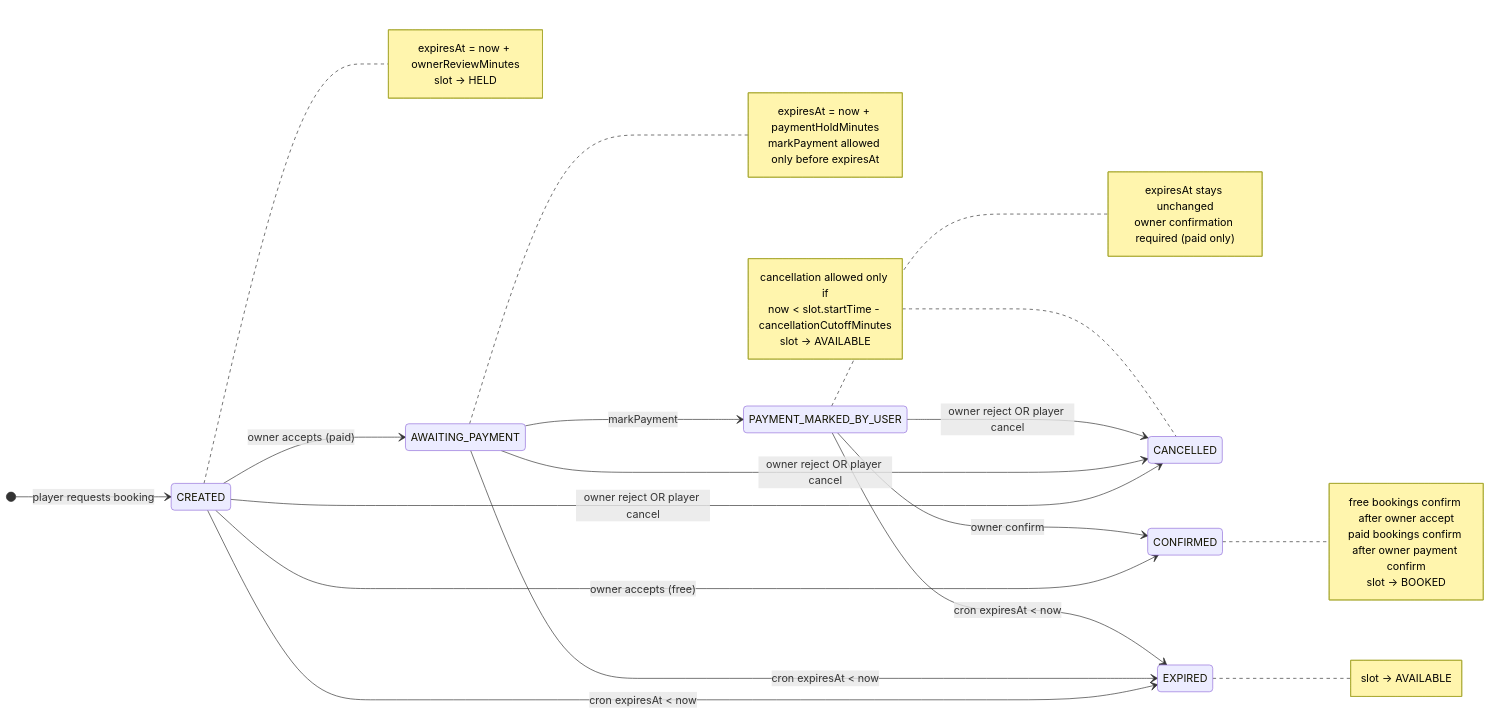
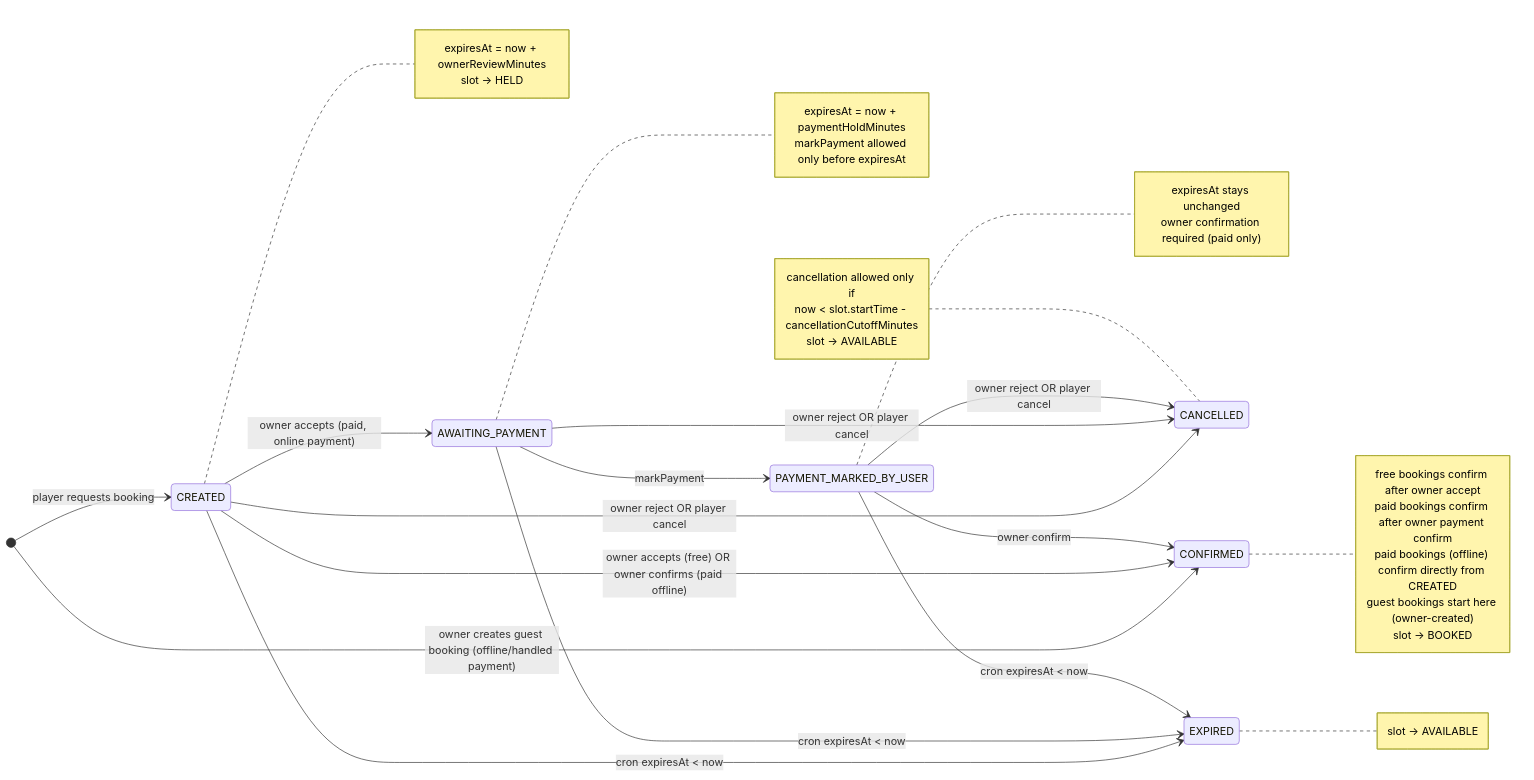
One commit to raphaelmans/next16bp changed the first of 2 diagrams in docs/reservation-state-machine-diagram.md. Above: the diagram before and after it, drawn with Mermaid. The commit also changed 31 other files, not shown here.

First line of the commit message:
Add owner guest and offline flows

````diff
--- a/docs/reservation-state-machine-diagram.md
+++ b/docs/reservation-state-machine-diagram.md
@@ -1,49 +1,52 @@
 ```mermaid
 stateDiagram-v2
   direction LR
   [*] --> CREATED: player requests booking
+  [*] --> CONFIRMED: owner creates guest booking (offline/handled payment)
 
-  CREATED --> CONFIRMED: owner accepts (free)
-  CREATED --> AWAITING_PAYMENT: owner accepts (paid)
+  CREATED --> CONFIRMED: owner accepts (free) OR owner confirms (paid offline)
+  CREATED --> AWAITING_PAYMENT: owner accepts (paid, online payment)
   CREATED --> CANCELLED: owner reject OR player cancel
   CREATED --> EXPIRED: cron expiresAt < now
 
   AWAITING_PAYMENT --> PAYMENT_MARKED_BY_USER: markPayment
   AWAITING_PAYMENT --> CANCELLED: owner reject OR player cancel
   AWAITING_PAYMENT --> EXPIRED: cron expiresAt < now
 
   PAYMENT_MARKED_BY_USER --> CONFIRMED: owner confirm
   PAYMENT_MARKED_BY_USER --> CANCELLED: owner reject OR player cancel
   PAYMENT_MARKED_BY_USER --> EXPIRED: cron expiresAt < now
 
   note right of CREATED
     expiresAt = now + ownerReviewMinutes
     slot -> HELD
   end note
 
   note right of AWAITING_PAYMENT
     expiresAt = now + paymentHoldMinutes
     markPayment allowed only before expiresAt
   end note
 
   note right of PAYMENT_MARKED_BY_USER
     expiresAt stays unchanged
     owner confirmation required (paid only)
   end note
 
   note right of CONFIRMED
     free bookings confirm after owner accept
     paid bookings confirm after owner payment confirm
+    paid bookings (offline) confirm directly from CREATED
+    guest bookings start here (owner-created)
     slot -> BOOKED
   end note
 
   note left of CANCELLED
     cancellation allowed only if
     now < slot.startTime - cancellationCutoffMinutes
     slot -> AVAILABLE
   end note
 
   note right of EXPIRED
     slot -> AVAILABLE
   end note
 ```
````
